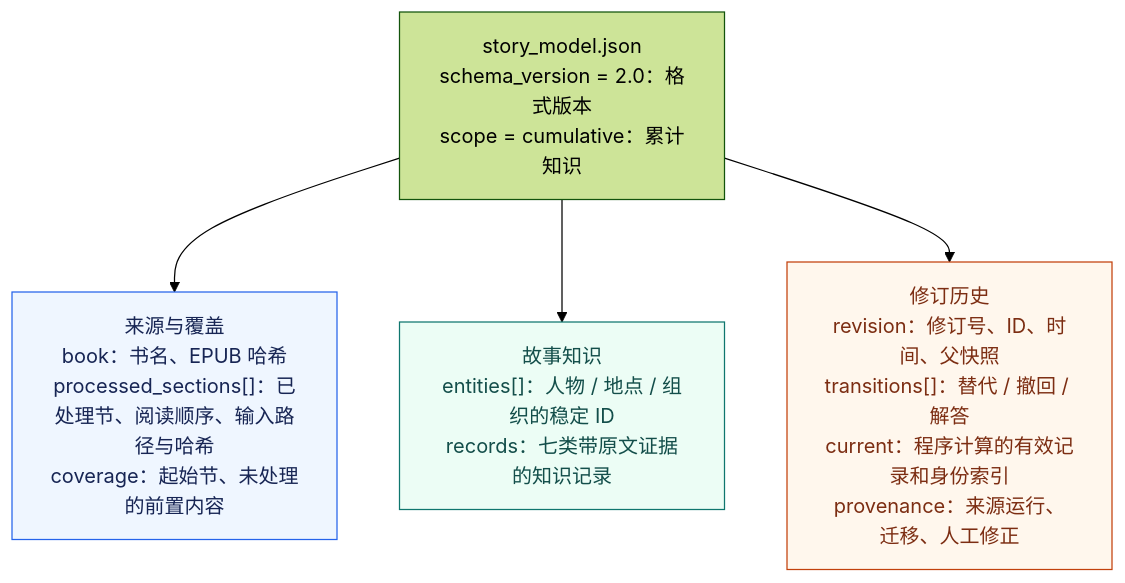
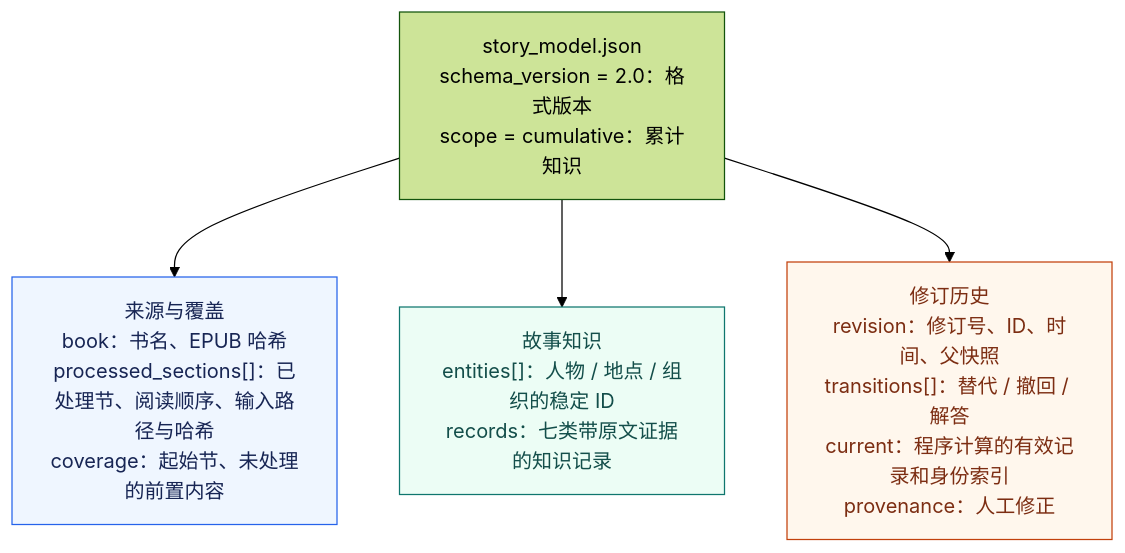
The first of 5 diagrams in tools/story_model_lab/STORY_MODEL_FORMAT.zh-CN.md (bennyxzeng/Loremark), drawn with Mermaid (forest theme) before and after one commit. The commit also changed other lines of this file and 55 other files, not shown here.

````diff
--- a/tools/story_model_lab/STORY_MODEL_FORMAT.zh-CN.md
+++ b/tools/story_model_lab/STORY_MODEL_FORMAT.zh-CN.md
@@ -19,16 +19,16 @@
 ```mermaid
 flowchart TB
     MODEL["story_model.json<br/>schema_version = 2.0：格式版本<br/>scope = cumulative：累计知识"]
     SOURCE["来源与覆盖<br/>book：书名、EPUB 哈希<br/>processed_sections[]：已处理节、阅读顺序、输入路径与哈希<br/>coverage：起始节、未处理的前置内容"]
     KNOWLEDGE["故事知识<br/>entities[]：人物 / 地点 / 组织的稳定 ID<br/>records：七类带原文证据的知识记录"]
-    HISTORY["修订历史<br/>revision：修订号、ID、时间、父快照<br/>transitions[]：替代 / 撤回 / 解答<br/>current：程序计算的有效记录和身份索引<br/>provenance：来源运行、迁移、人工修正"]
+    HISTORY["修订历史<br/>revision：修订号、ID、时间、父快照<br/>transitions[]：替代 / 撤回 / 解答<br/>current：程序计算的有效记录和身份索引<br/>provenance：人工修正"]
     MODEL --> SOURCE
     MODEL --> KNOWLEDGE
     MODEL --> HISTORY
     classDef source fill:#eff6ff,stroke:#2563eb,color:#172554;
     classDef knowledge fill:#ecfdf5,stroke:#0f766e,color:#134e4a;
     classDef history fill:#fff7ed,stroke:#c2410c,color:#7c2d12;
     class SOURCE source;
     class KNOWLEDGE knowledge;
     class HISTORY history;
 ```
````
